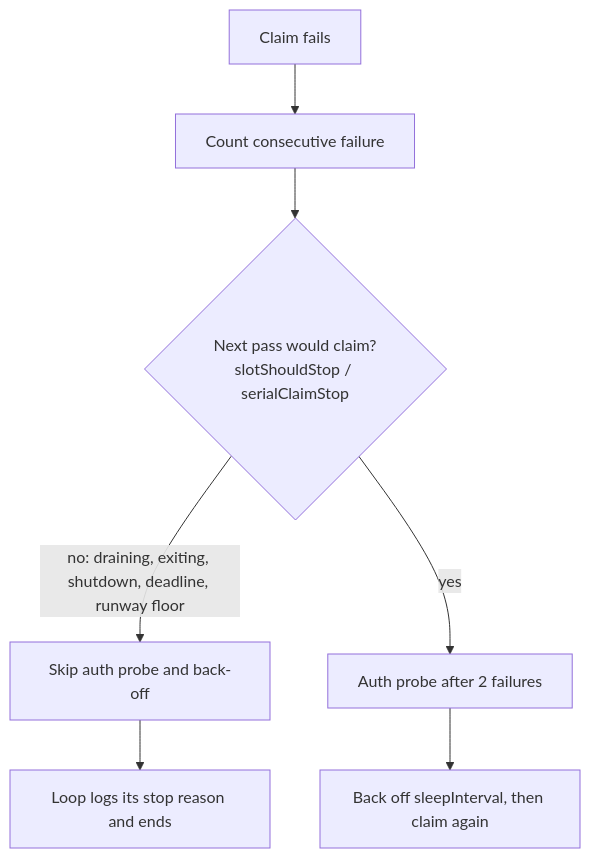
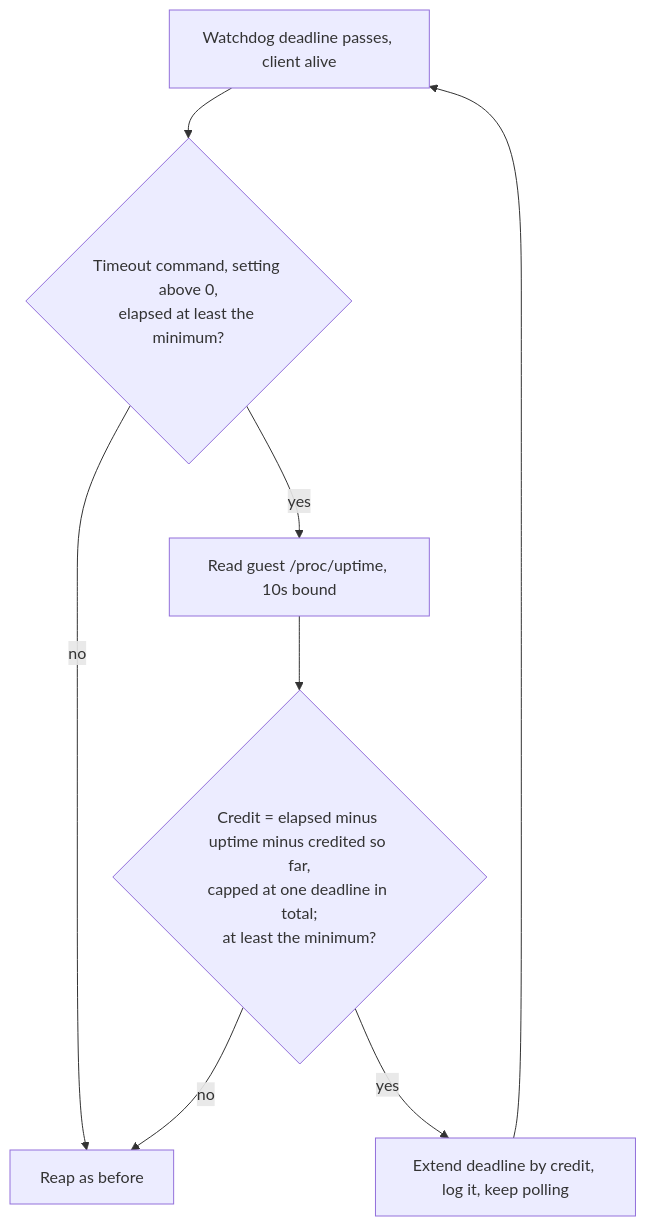
The diagram in docs/archive/pr-summaries/pr-summary-5544.md (stSoftwareAU/VibeCoder), drawn with Mermaid before and after one commit. The commit also changed other lines of this file, not shown here.

First line of the commit message:
Credit a suspended guest's lost time to the watchdog deadline (Issue #5544)

````diff
--- a/docs/archive/pr-summaries/pr-summary-5544.md
+++ b/docs/archive/pr-summaries/pr-summary-5544.md
@@ -64,9 +61,10 @@
 ```mermaid
 flowchart TD
-    F[Claim fails] --> C[Count consecutive failure]
-    C --> S{Next pass would claim?<br/>slotShouldStop / serialClaimStop}
-    S -->|no: draining, exiting, shutdown, deadline, runway floor| X[Skip auth probe and back-off]
-    X --> L[Loop logs its stop reason and ends]
-    S -->|yes| P[Auth probe after 2 failures]
-    P --> B[Back off sleepInterval, then claim again]
+    D[Watchdog deadline passes, client alive] --> G{Timeout command, setting above 0,<br/>elapsed at least the minimum?}
+    G -->|no| R[Reap as before]
+    G -->|yes| U[Read guest /proc/uptime, 10s bound]
+    U --> C{Credit = elapsed minus uptime minus credited so far,<br/>capped at one deadline in total;<br/>at least the minimum?}
+    C -->|no| R
+    C -->|yes| E[Extend deadline by credit, log it, keep polling]
+    E --> D
 ```
````
